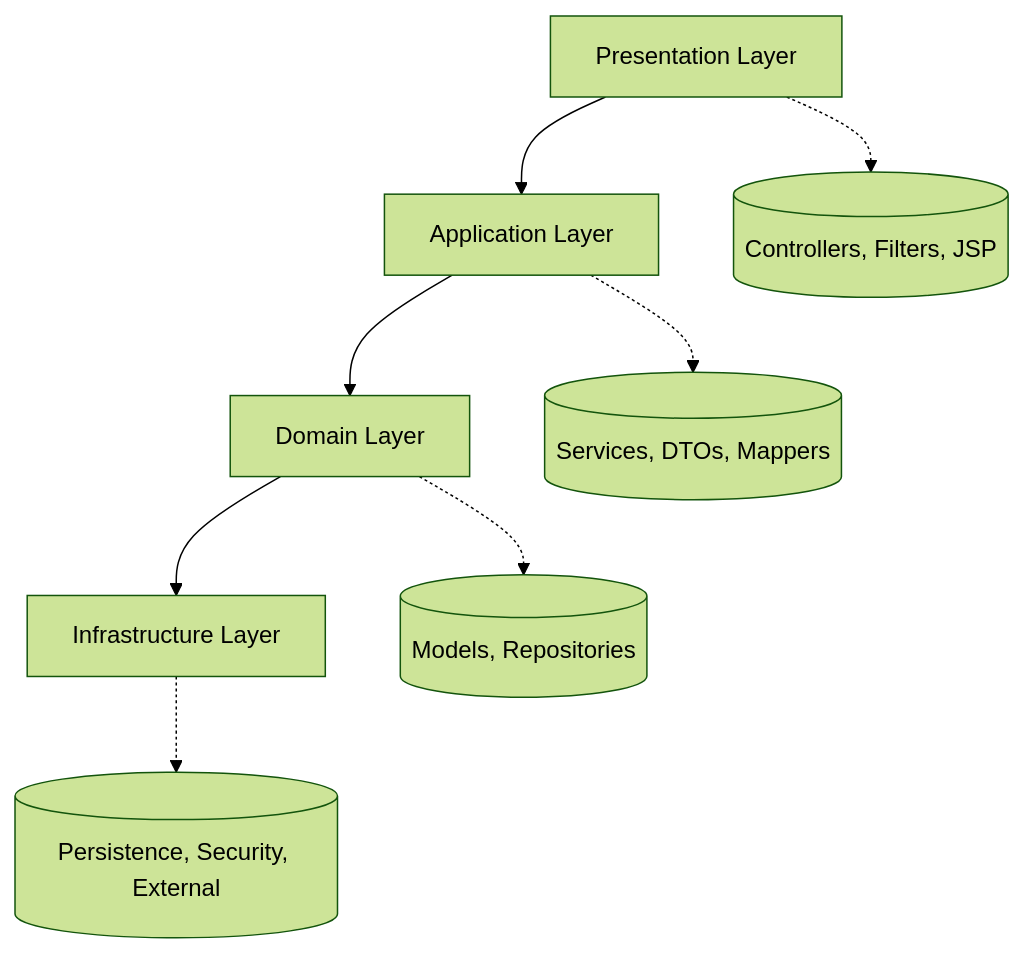
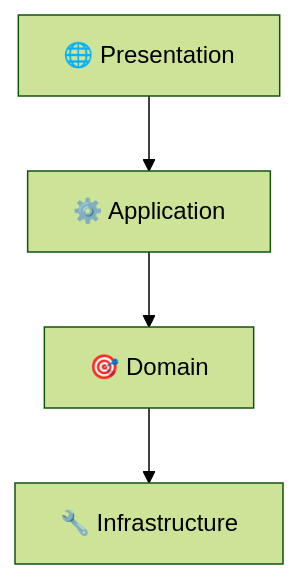
The diagram in README.md (m-feliciano/javaee-framework), drawn with Mermaid (forest theme) before and after one commit. The commit also changed other lines of this file and 9 other files, not shown here.

````diff
--- a/README.md
+++ b/README.md
@@ -45,10 +23,6 @@
 ```mermaid
 graph TD
-    A[Presentation Layer] --> B[Application Layer]
-    B --> C[Domain Layer]
-    C --> D[Infrastructure Layer]
-    A -.-> E[(Controllers, Filters, JSP)]
-    B -.-> F[(Services, DTOs, Mappers)]
-    C -.-> G[(Models, Repositories)]
-    D -.-> H[(Persistence, Security, External)]
+    A[🌐 Presentation] --> B[⚙️ Application]
+    B --> C[🎯 Domain]
+    C --> D[🔧 Infrastructure]
 ```
````
